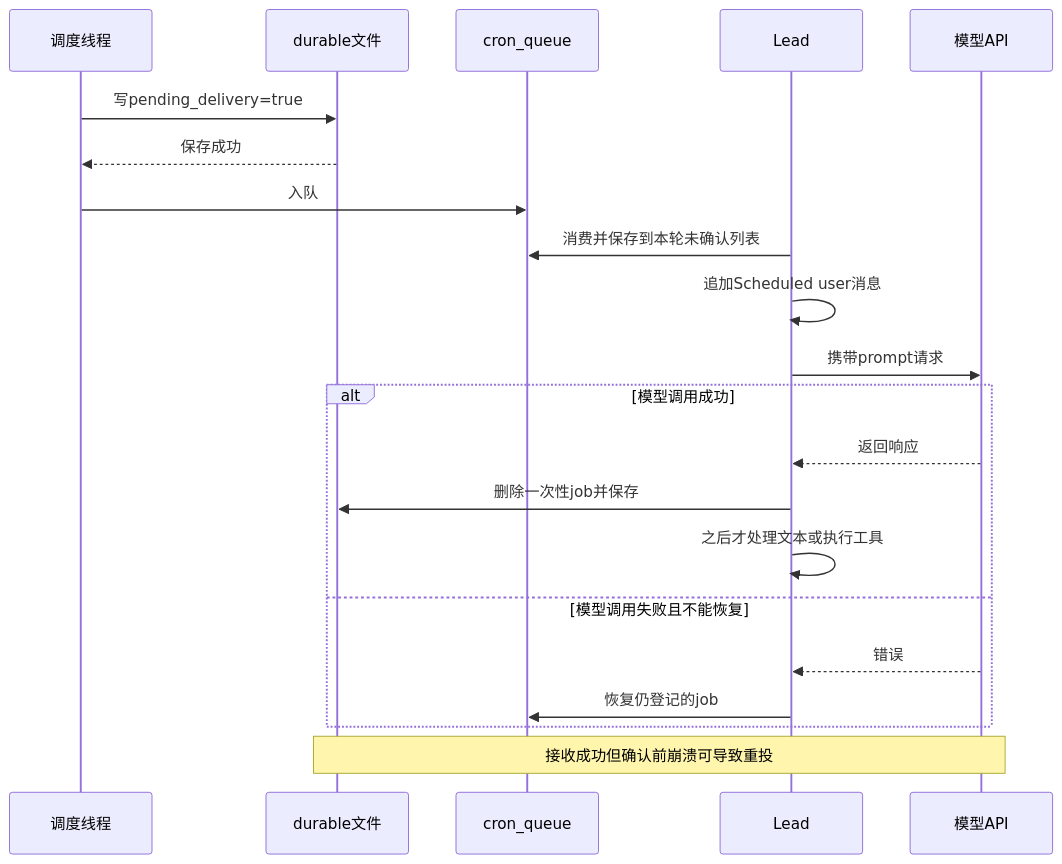
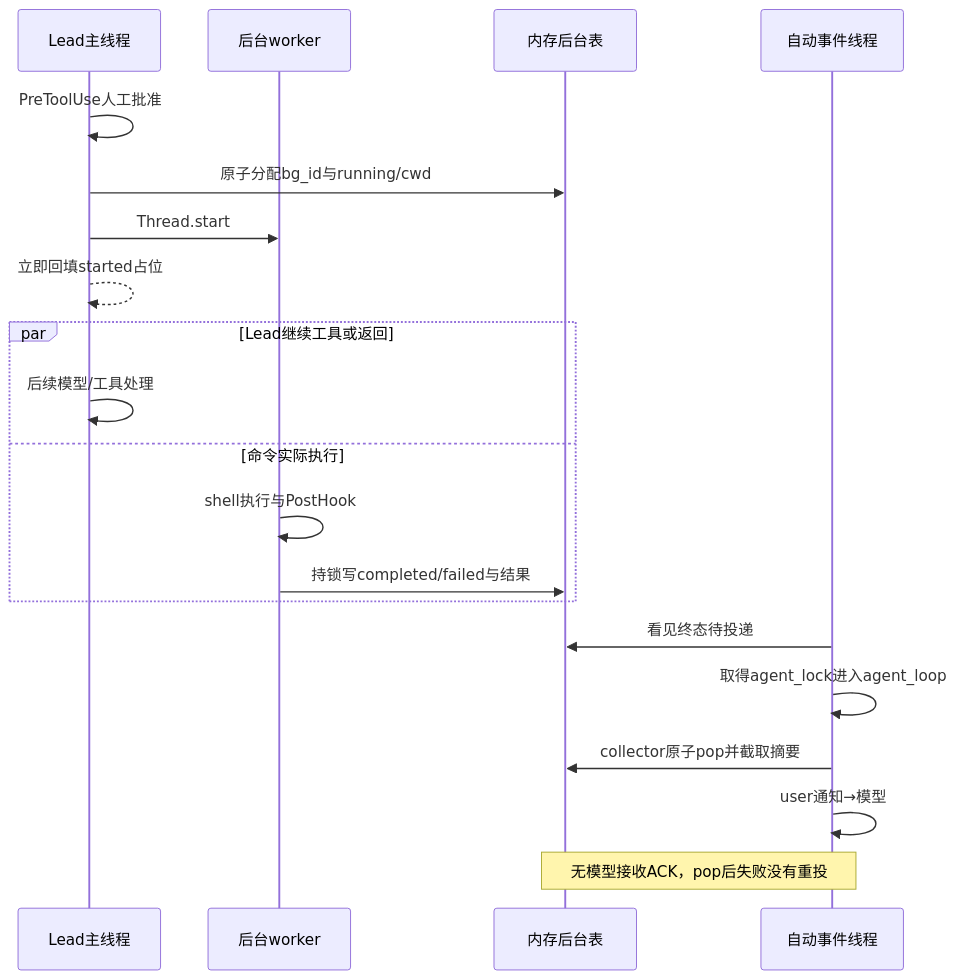
One commit to LiuXin19996/learn-claude-code changed diagram 11 of 16 in .md/s15_integrated_harness.md. Above: the diagram before and after it, drawn with Mermaid. The commit also changed other lines of this file and 11 other files, not shown here.

````diff
--- a/.md/s15_integrated_harness.md
+++ b/.md/s15_integrated_harness.md
@@ -2570,23 +5395,22 @@
-```mermaid
+~~~mermaid
 sequenceDiagram
-    participant S as 调度线程
-    participant D as durable文件
-    participant Q as cron_queue
-    participant A as Lead
-    participant M as 模型API
-    S->>D: 写pending_delivery=true
-    D-->>S: 保存成功
-    S->>Q: 入队
-    A->>Q: 消费并保存到本轮未确认列表
-    A->>A: 追加Scheduled user消息
-    A->>M: 携带prompt请求
-    alt 模型调用成功
-        M-->>A: 返回响应
-        A->>D: 删除一次性job并保存
-        A->>A: 之后才处理文本或执行工具
-    else 模型调用失败且不能恢复
-        M-->>A: 错误
-        A->>Q: 恢复仍登记的job
+    participant L as Lead主线程
+    participant W as 后台worker
+    participant S as 内存后台表
+    participant E as 自动事件线程
+    L->>L: PreToolUse人工批准
+    L->>S: 原子分配bg_id与running/cwd
+    L->>W: Thread.start
+    L-->>L: 立即回填started占位
+    par Lead继续工具或返回
+        L->>L: 后续模型/工具处理
+    and 命令实际执行
+        W->>W: shell执行与PostHook
+        W->>S: 持锁写completed/failed与结果
     end
-    Note over D,M: 接收成功但确认前崩溃可导致重投
-```
+    E->>S: 看见终态待投递
+    E->>E: 取得agent_lock进入agent_loop
+    E->>S: collector原子pop并截取摘要
+    E->>E: user通知→模型
+    Note over S,E: 无模型接收ACK，pop后失败没有重投
+~~~
````
